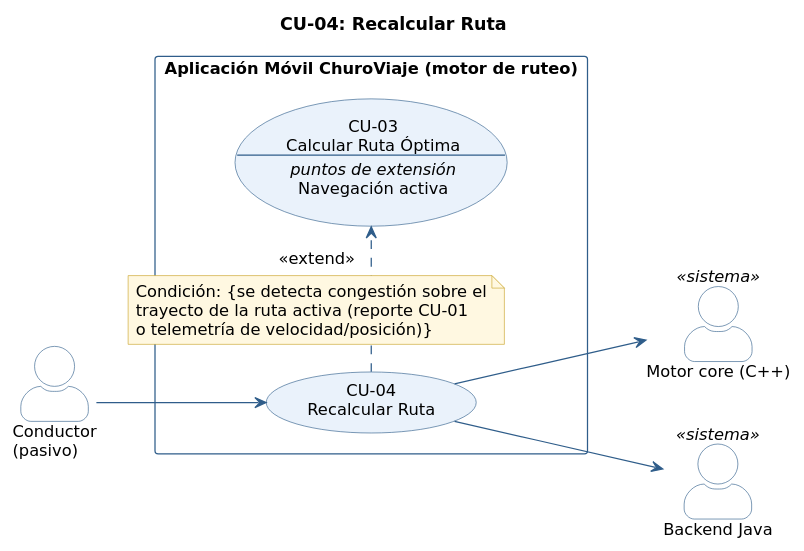
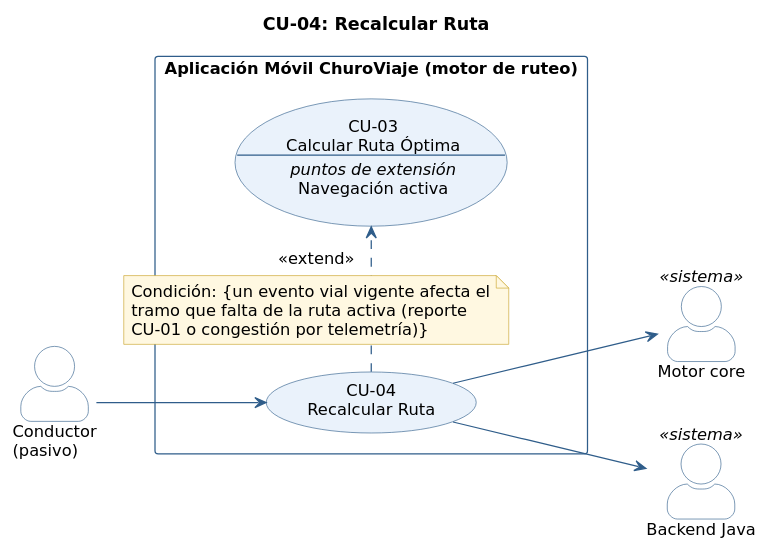
The diagram in 03_des/DiagCU/CU-04_RecalcularRuta.puml (uniWASD/ChuroViajeInterno), drawn with PlantUML before and after one commit. The commit also changed 59 other files, not shown here.

Commit message:
docs(req): alinear Visión, CU, HU y diagramas con la arquitectura (T-086, #38)

```diff
--- a/03_des/DiagCU/CU-04_RecalcularRuta.puml
+++ b/03_des/DiagCU/CU-04_RecalcularRuta.puml
@@ -1,61 +1,61 @@
 @startuml CU-04_RecalcularRuta
 ' CU-04: Recalcular Ruta
 ' Fuente: 02_req - Especificación de Casos de Uso (CU-01 a CU-08)
 ' Issue: T-029 (#8)
 
 left to right direction
 skinparam shadowing false
 skinparam defaultFontName "DejaVu Sans"
 skinparam defaultFontSize 13
 skinparam packageStyle rectangle
 skinparam actorStyle awesome
 skinparam usecase {
   BackgroundColor #EAF2FB
   BorderColor #2F5D8A
   ArrowColor #2F5D8A
 }
 skinparam rectangle {
   BorderColor #2F5D8A
   FontStyle bold
 }
 skinparam actor {
   BorderColor #2F5D8A
   BackgroundColor #FFFFFF
 }
 skinparam note {
   BackgroundColor #FFF8E1
   BorderColor #C9A227
 }
 skinparam ArrowColor #2F5D8A
 skinparam legend {
   BackgroundColor #FFF8E1
   BorderColor #C9A227
   FontSize 12
 }
 
 title CU-04: Recalcular Ruta
 
 actor "Conductor\n(pasivo)" as Conductor
-actor "Motor core (C++)" as Motor <<sistema>>
+actor "Motor core" as Motor <<sistema>>
 actor "Backend Java" as Backend <<sistema>>
 
 rectangle "Aplicación Móvil ChuroViaje (motor de ruteo)" {
   usecase "CU-04\nRecalcular Ruta" as CU04
   usecase CU03 as "CU-03
 Calcular Ruta Óptima
 --
 <i>puntos de extensión</i>
 Navegación activa"
 }
 
 Conductor --> CU04
 CU04 --> Motor
 CU04 --> Backend
 CU04 .> CU03 : <<extend>>
 note on link
-  Condición: {se detecta congestión sobre el
-  trayecto de la ruta activa (reporte CU-01
-  o telemetría de velocidad/posición)}
+  Condición: {un evento vial vigente afecta el
+  tramo que falta de la ruta activa (reporte
+  CU-01 o congestión por telemetría)}
 end note
 
 @enduml
```
